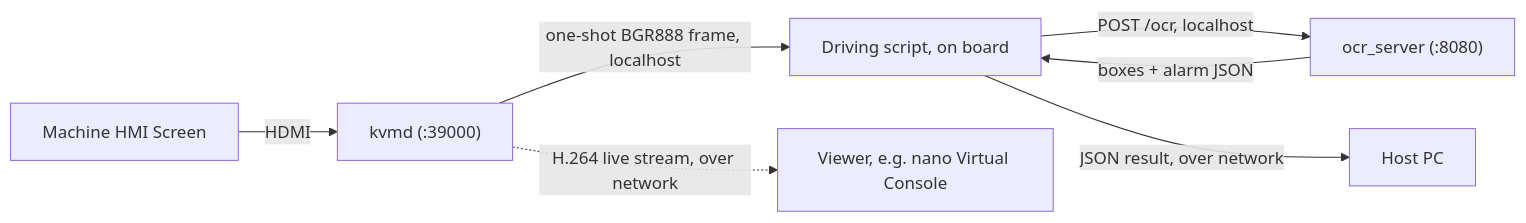
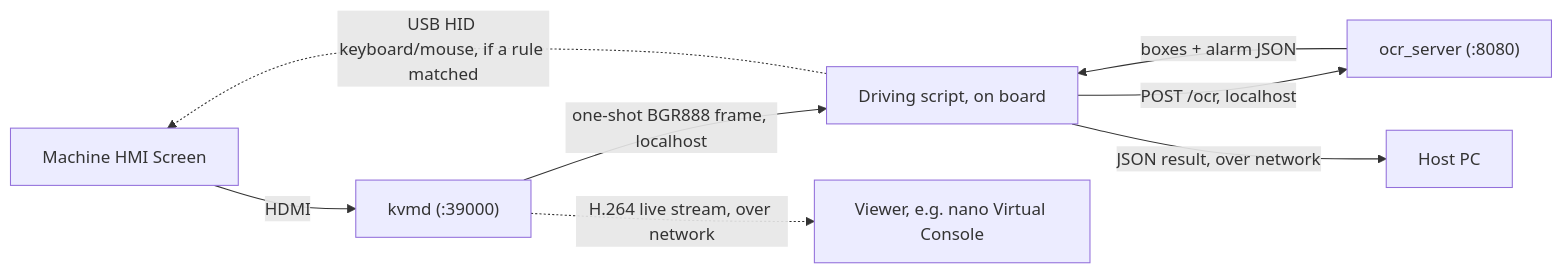
Before and after one commit to damiangohrh123/TPSLibPPOcr: the diagram in README.md, drawn with Mermaid. The commit also changed other lines of this file, not shown here.

````diff
--- a/README.md
+++ b/README.md
@@ -23,9 +23,10 @@
 ```mermaid
 flowchart LR
     M[Machine HMI Screen] -- HDMI --> K["kvmd  (:39000)"]
     K -- "one-shot BGR888 frame, localhost" --> D[Driving script, on board]
     D -- "POST /ocr, localhost" --> O["ocr_server  (:8080)"]
     O -- "boxes + alarm JSON" --> D
     D -- "JSON result, over network" --> H[Host PC]
     K -. "H.264 live stream, over network" .-> V[Viewer, e.g. nano Virtual Console]
+    D -. "USB HID keyboard/mouse, if a rule matched" .-> M
 ```
````
